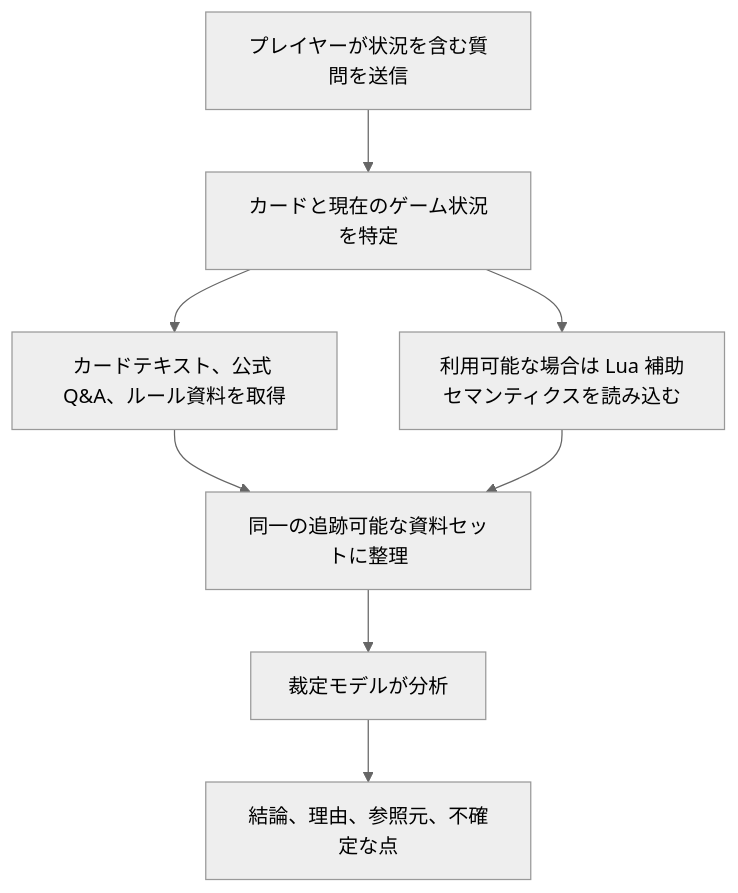
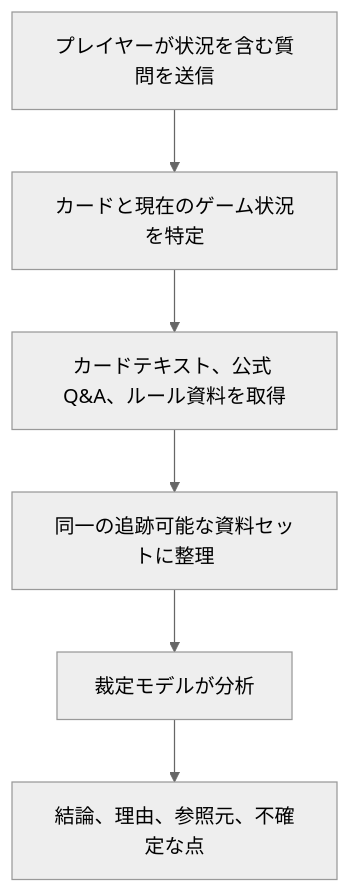
The diagram in README.ja.md (coldiceh/ocg-ruling-assistant), drawn with Mermaid (neutral theme) before and after one commit. The commit also changed other lines of this file and 14 other files, not shown here.

````diff
--- a/README.ja.md
+++ b/README.ja.md
@@ -20,10 +20,8 @@
 ```mermaid
 flowchart TD
     A["プレイヤーが状況を含む質問を送信"] --> B["カードと現在のゲーム状況を特定"]
     B --> C["カードテキスト、公式 Q&A、ルール資料を取得"]
-    B --> D["利用可能な場合は Lua 補助セマンティクスを読み込む"]
     C --> E["同一の追跡可能な資料セットに整理"]
-    D --> E
     E --> F["裁定モデルが分析"]
     F --> G["結論、理由、参照元、不確定な点"]
 ```
````
